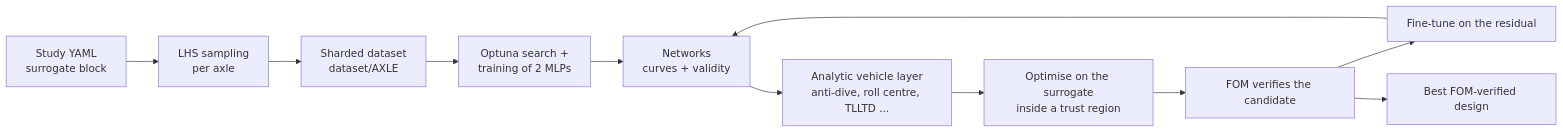
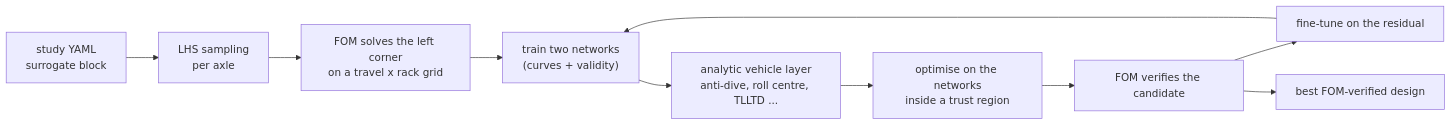
Before and after one commit to canc-gmy/suspkin: the diagram in docs/guides/surrogate.md, drawn with Mermaid. The commit also changed other lines of this file and 7 other files, not shown here.

````diff
--- a/docs/guides/surrogate.md
+++ b/docs/guides/surrogate.md
@@ -35,13 +40,12 @@
 ```mermaid
 flowchart LR
-    A[Study YAML<br/>surrogate block] --> B[LHS sampling<br/>per axle]
-    B --> C[Sharded dataset<br/>dataset/AXLE]
-    C --> D[Optuna search +<br/>training of 2 MLPs]
-    D --> E[Networks<br/>curves + validity]
-    E --> F[Analytic vehicle layer<br/>anti-dive, roll centre, TLLTD ...]
-    F --> G[Optimise on the surrogate<br/>inside a trust region]
-    G --> H[FOM verifies the candidate]
-    H --> I[Fine-tune on the residual]
-    I --> E
-    H --> J[Best FOM-verified design]
+    A["study YAML<br/>surrogate block"] --> B["LHS sampling<br/>per axle"]
+    B --> C["FOM solves the left corner<br/>on a travel x rack grid"]
+    C --> D["train two networks<br/>(curves + validity)"]
+    D --> E["analytic vehicle layer<br/>anti-dive, roll centre, TLLTD ..."]
+    E --> F["optimise on the networks<br/>inside a trust region"]
+    F --> G["FOM verifies the candidate"]
+    G --> H["fine-tune on the residual"]
+    H --> D
+    G --> I["best FOM-verified design"]
 ```
````
